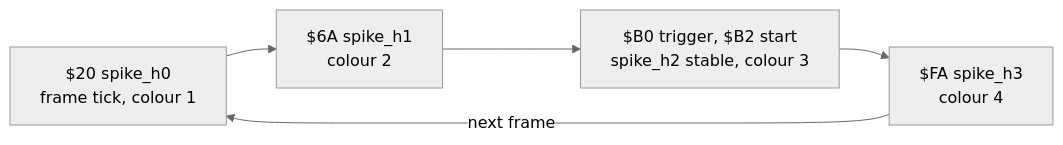
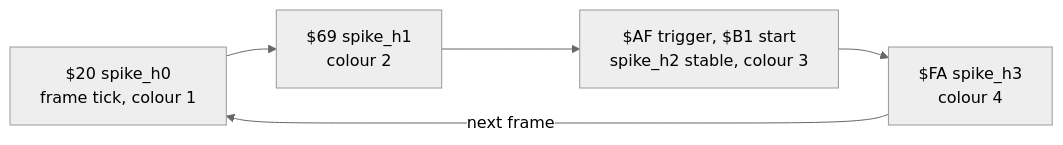
The fourth of 4 diagrams in engine/README.md (s474/vs64_software_house), drawn with Mermaid (neutral theme) before and after one commit. The commit also changed other lines of this file and 6 other files, not shown here.

````diff
--- a/engine/README.md
+++ b/engine/README.md
@@ -690,7 +734,7 @@
 ```mermaid
 flowchart LR
-    H0["$20 spike_h0<br/>frame tick, colour 1"] --> H1["$6A spike_h1<br/>colour 2"]
-    H1 --> H2["$B0 trigger, $B2 start<br/>spike_h2 stable, colour 3"]
+    H0["$20 spike_h0<br/>frame tick, colour 1"] --> H1["$69 spike_h1<br/>colour 2"]
+    H1 --> H2["$AF trigger, $B1 start<br/>spike_h2 stable, colour 3"]
     H2 --> H3["$FA spike_h3<br/>colour 4"]
     H3 -->|"next frame"| H0
 ```
````
